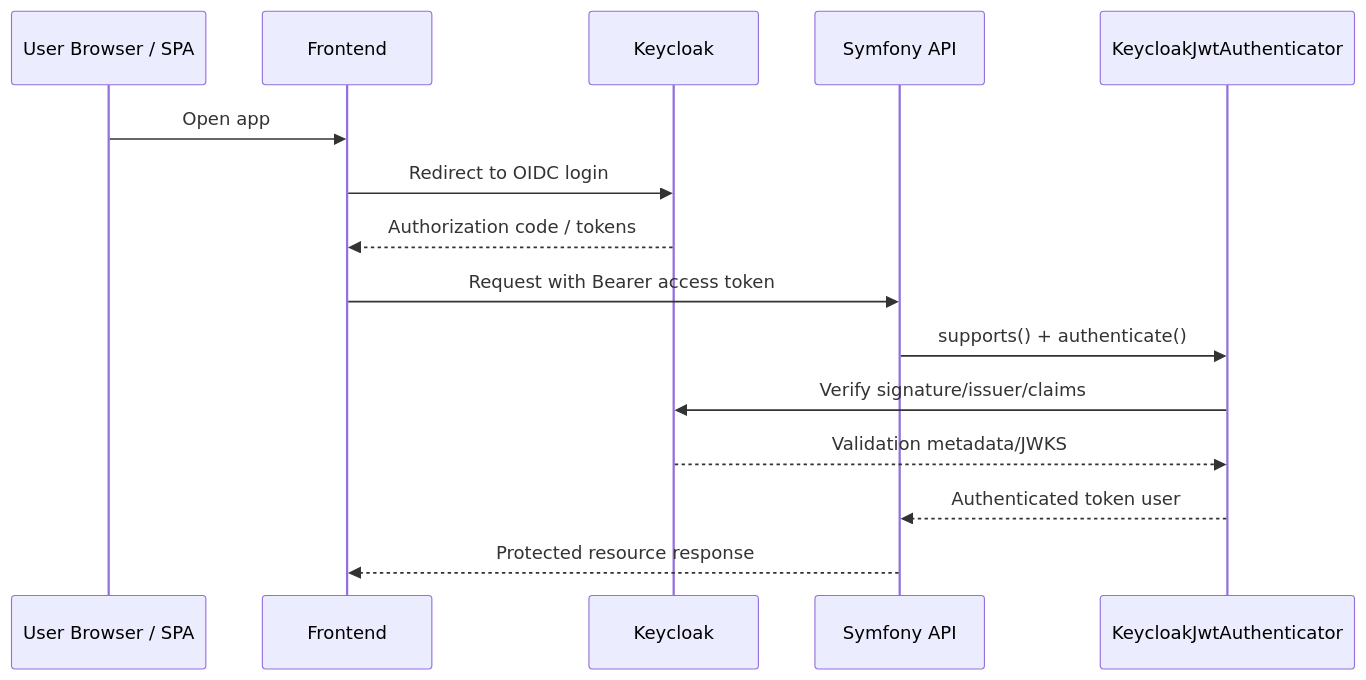
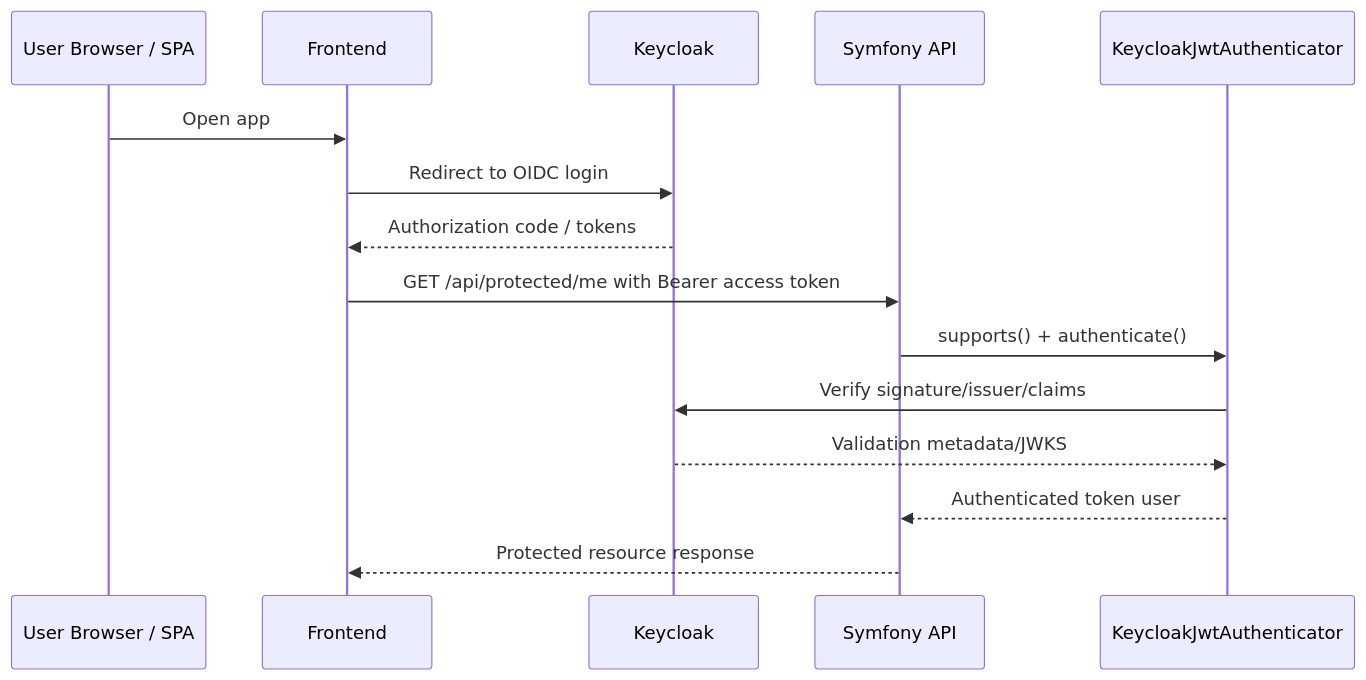
The diagram in docs/use-cases/02-delegating-authentication-to-keycloak.md (apacheborys/keycloak-cluster), drawn with Mermaid before and after one commit. The commit also changed other lines of this file and 3 other files, not shown here.

````diff
--- a/docs/use-cases/02-delegating-authentication-to-keycloak.md
+++ b/docs/use-cases/02-delegating-authentication-to-keycloak.md
@@ -15,18 +15,18 @@
 ```mermaid
 sequenceDiagram
     participant U as User Browser / SPA
     participant FE as Frontend
     participant KC as Keycloak
     participant API as Symfony API
     participant Auth as KeycloakJwtAuthenticator
 
     U->>FE: Open app
     FE->>KC: Redirect to OIDC login
     KC-->>FE: Authorization code / tokens
-    FE->>API: Request with Bearer access token
+    FE->>API: GET /api/protected/me with Bearer access token
     API->>Auth: supports() + authenticate()
     Auth->>KC: Verify signature/issuer/claims
     KC-->>Auth: Validation metadata/JWKS
     Auth-->>API: Authenticated token user
     API-->>FE: Protected resource response
 ```
````
